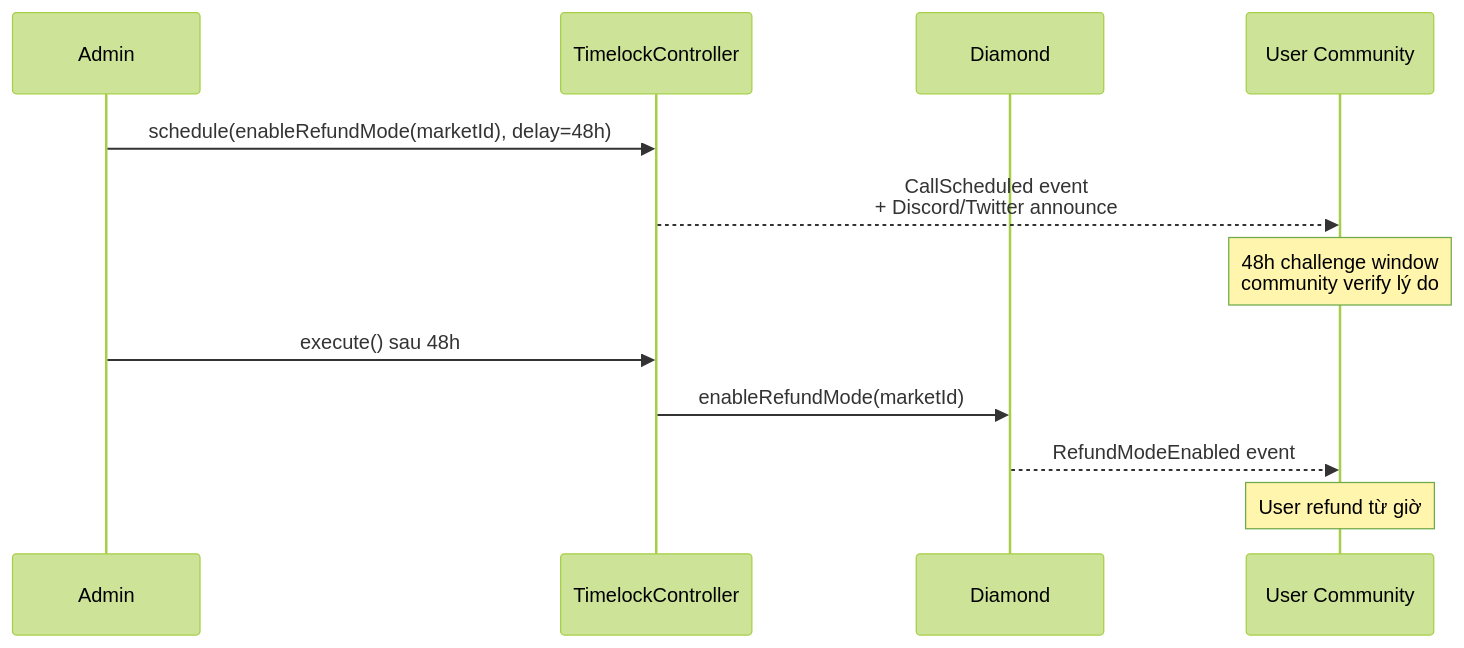
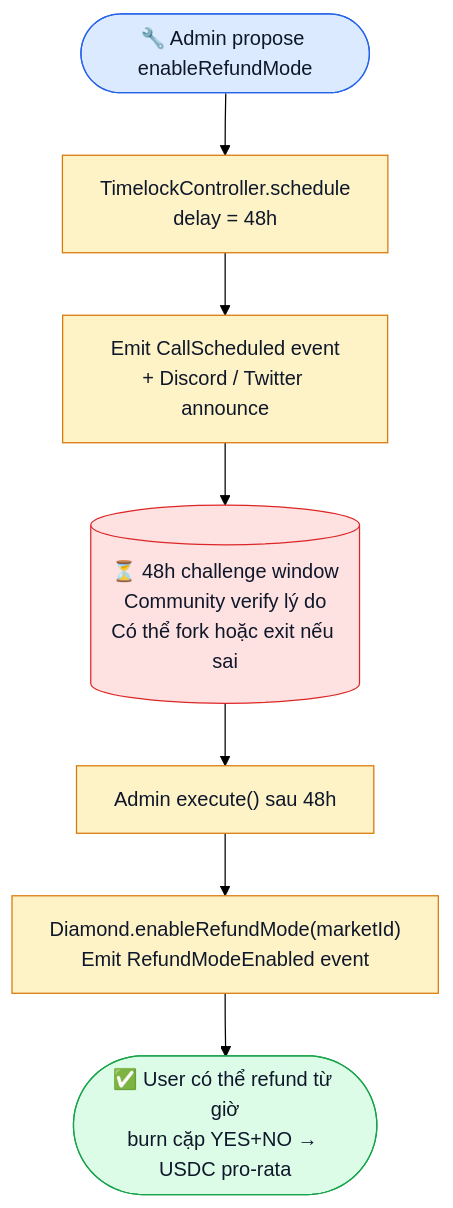
One commit to PrediX-Protocol/predix-docs changed the second of 2 diagrams in vi_v6/huong-dan/redeem-va-claim.md. Above: the diagram before and after it, drawn with Mermaid (forest theme). The commit also changed other lines of this file and 17 other files, not shown here.

First line of the commit message:
docs(vi_v6): convert all 22 sequenceDiagram → flowchart TD (no overlap UX issue)

````diff
--- a/vi_v6/huong-dan/redeem-va-claim.md
+++ b/vi_v6/huong-dan/redeem-va-claim.md
@@ -102,15 +103,19 @@
 ```mermaid
-sequenceDiagram
-    participant Admin
-    participant T as TimelockController
-    participant D as Diamond
-    participant U as User Community
+flowchart TD
+    Start(["🔧 Admin propose enableRefundMode"])
+    Start --> S1["TimelockController.schedule<br/>delay = 48h"]
+    S1 --> S2["Emit CallScheduled event<br/>+ Discord / Twitter announce"]
+    S2 --> Wait[("⏳ 48h challenge window<br/>Community verify lý do<br/>Có thể fork hoặc exit nếu sai")]
+    Wait --> S3["Admin execute() sau 48h"]
+    S3 --> S4["Diamond.enableRefundMode(marketId)<br/>Emit RefundModeEnabled event"]
+    S4 --> End(["✅ User có thể refund từ giờ<br/>burn cặp YES+NO → USDC pro-rata"])
 
-    Admin->>T: schedule(enableRefundMode(marketId), delay=48h)
-    T-->>U: CallScheduled event<br/>+ Discord/Twitter announce
-    Note over U: 48h challenge window<br/>community verify lý do
-    Admin->>T: execute() sau 48h
-    T->>D: enableRefundMode(marketId)
-    D-->>U: RefundModeEnabled event
-    Note over U: User refund từ giờ
+    classDef admin fill:#dbeafe,stroke:#2563eb,color:#0f172a
+    classDef step fill:#fef3c7,stroke:#d97706,color:#0f172a
+    classDef wait fill:#fee2e2,stroke:#dc2626,color:#0f172a
+    classDef ok fill:#dcfce7,stroke:#16a34a,color:#0f172a
+    class Start admin
+    class S1,S2,S3,S4 step
+    class Wait wait
+    class End ok
 ```
````
